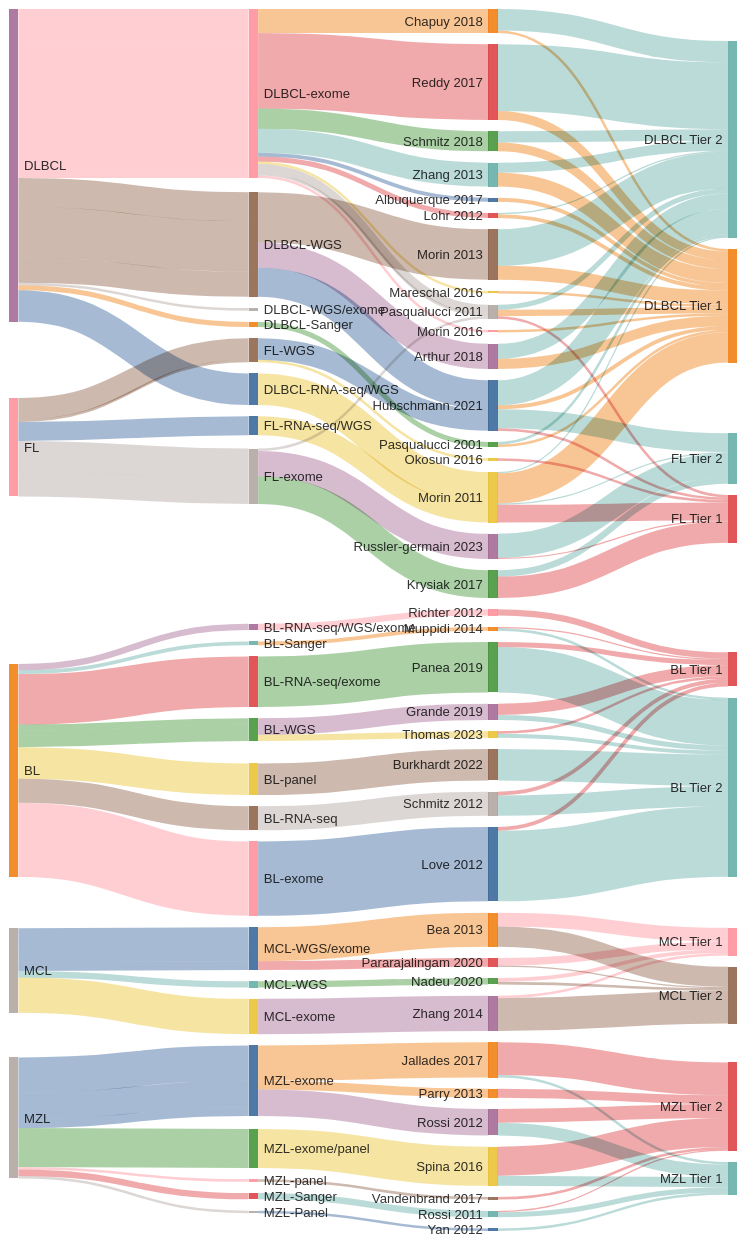
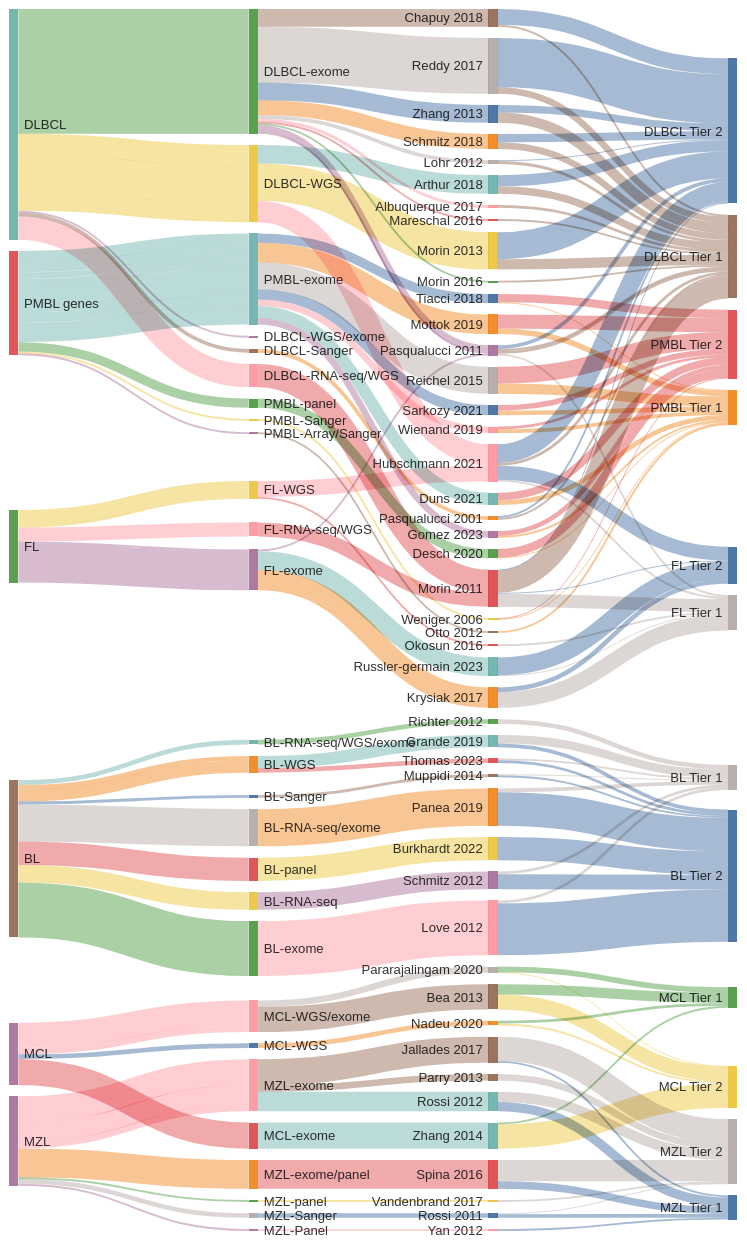
The diagram in Home.md (morinlab/lymphopedia), drawn with Mermaid before and after one commit.

````diff
--- a/Home.md
+++ b/Home.md
@@ -26,6 +26,45 @@
     nodeAlignment: left
 ---
 sankey-beta
+Tiacci 2018, PMBL Tier 1, 1
+Tiacci 2018, PMBL Tier 2, 9
+Duns 2021, PMBL Tier 1, 5
+Duns 2021, PMBL Tier 2, 8
+Desch 2020, PMBL Tier 1, 1
+Desch 2020, PMBL Tier 2, 9
+Weniger 2006, PMBL Tier 1, 1
+Weniger 2006, PMBL Tier 2, 1
+Gomez 2023, PMBL Tier 1, 2
+Gomez 2023, PMBL Tier 2, 5
+Wienand 2019, PMBL Tier 1, 4
+Wienand 2019, PMBL Tier 2, 3
+Otto 2012, PMBL Tier 1, 2
+Reichel 2015, PMBL Tier 1, 11
+Reichel 2015, PMBL Tier 2, 18
+Sarkozy 2021, PMBL Tier 1, 5
+Sarkozy 2021, PMBL Tier 2, 6
+Mottok 2019, PMBL Tier 1, 6
+Mottok 2019, PMBL Tier 2, 15
+PMBL genes, PMBL-exome, 13
+PMBL-exome, Duns 2021, 13
+PMBL genes, PMBL-exome, 10
+PMBL-exome, Tiacci 2018, 10
+PMBL genes, PMBL-panel, 10
+PMBL-panel, Desch 2020, 10
+PMBL genes, PMBL-exome, 7
+PMBL-exome, Gomez 2023, 7
+PMBL genes, PMBL-Sanger, 2
+PMBL-Sanger, Weniger 2006, 2
+PMBL genes, PMBL-exome, 7
+PMBL-exome, Wienand 2019, 7
+PMBL genes, PMBL-exome, 29
+PMBL-exome, Reichel 2015, 29
+PMBL genes, PMBL-Array/Sanger, 2
+PMBL-Array/Sanger, Otto 2012, 2
+PMBL genes, PMBL-exome, 11
+PMBL-exome, Sarkozy 2021, 11
+PMBL genes, PMBL-exome, 21
+PMBL-exome, Mottok 2019, 21
 Albuquerque 2017, DLBCL Tier 1, 3
 Lohr 2012, DLBCL Tier 1, 3
 Lohr 2012, DLBCL Tier 2, 1
@@ -176,5 +215,4 @@
 Jallades 2017, MZL Tier 2, 26
 Rossi 2011, MZL Tier 1, 4
 Rossi 2011, MZL Tier 2, 1
-
 ```
````
